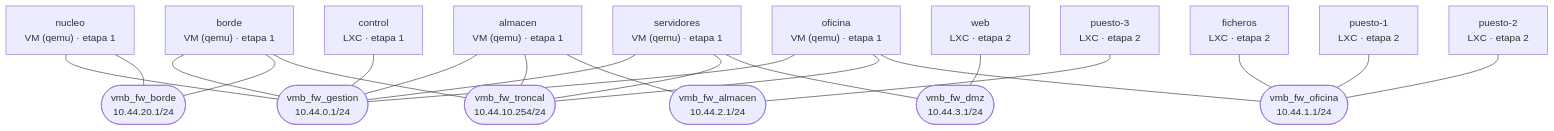
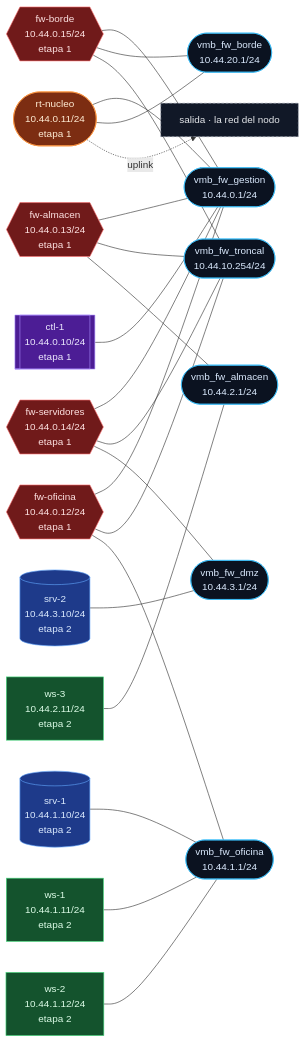
Before and after one commit to MagicJF/netlabs-iac: the diagram in labs/08_dunder-mifflin-con-fw/08_dunder-mifflin-con-fw.md, drawn with Mermaid. The commit also changed other lines of this file and 14 other files, not shown here.

````diff
--- a/labs/08_dunder-mifflin-con-fw/08_dunder-mifflin-con-fw.md
+++ b/labs/08_dunder-mifflin-con-fw/08_dunder-mifflin-con-fw.md
@@ -24,40 +24,50 @@
 ```mermaid
-graph TD
-    b_vmb_fw_gestion(["vmb_fw_gestion<br/>10.44.0.1/24"])
-    b_vmb_fw_borde(["vmb_fw_borde<br/>10.44.20.1/24"])
-    b_vmb_fw_troncal(["vmb_fw_troncal<br/>10.44.10.254/24"])
-    b_vmb_fw_oficina(["vmb_fw_oficina<br/>10.44.1.1/24"])
-    b_vmb_fw_almacen(["vmb_fw_almacen<br/>10.44.2.1/24"])
-    b_vmb_fw_dmz(["vmb_fw_dmz<br/>10.44.3.1/24"])
-    i_almacen["almacen<br/>VM (qemu) · etapa 1"]
+graph LR
+    classDef segmento fill:#0b1220,stroke:#38bdf8,color:#dbeafe;
+    classDef salida fill:#111827,stroke:#9ca3af,color:#e5e7eb,stroke-dasharray:4 3;
+    classDef rt fill:#7c2d12,stroke:#fb923c,color:#ffedd5;
+    classDef fw fill:#701a1a,stroke:#f87171,color:#fee2e2;
+    classDef sw fill:#134e4a,stroke:#2dd4bf,color:#ccfbf1;
+    classDef srv fill:#1e3a8a,stroke:#60a5fa,color:#dbeafe;
+    classDef ws fill:#14532d,stroke:#4ade80,color:#dcfce7;
+    classDef ctl fill:#4c1d95,stroke:#a78bfa,color:#ede9fe;
+    b_vmb_fw_gestion(["vmb_fw_gestion<br/>10.44.0.1/24"]):::segmento
+    b_vmb_fw_borde(["vmb_fw_borde<br/>10.44.20.1/24"]):::segmento
+    b_vmb_fw_troncal(["vmb_fw_troncal<br/>10.44.10.254/24"]):::segmento
+    b_vmb_fw_oficina(["vmb_fw_oficina<br/>10.44.1.1/24"]):::segmento
+    b_vmb_fw_almacen(["vmb_fw_almacen<br/>10.44.2.1/24"]):::segmento
+    b_vmb_fw_dmz(["vmb_fw_dmz<br/>10.44.3.1/24"]):::segmento
+    salida["salida · la red del nodo"]:::salida
+    i_almacen{{"fw-almacen<br/>10.44.0.13/24<br/>etapa 1"}}:::fw
     i_almacen --- b_vmb_fw_gestion
     i_almacen --- b_vmb_fw_troncal
     i_almacen --- b_vmb_fw_almacen
-    i_borde["borde<br/>VM (qemu) · etapa 1"]
+    i_borde{{"fw-borde<br/>10.44.0.15/24<br/>etapa 1"}}:::fw
     i_borde --- b_vmb_fw_gestion
     i_borde --- b_vmb_fw_borde
     i_borde --- b_vmb_fw_troncal
-    i_control["control<br/>LXC · etapa 1"]
+    i_control[["ctl-1<br/>10.44.0.10/24<br/>etapa 1"]]:::ctl
     i_control --- b_vmb_fw_gestion
-    i_nucleo["nucleo<br/>VM (qemu) · etapa 1"]
+    i_nucleo(["rt-nucleo<br/>10.44.0.11/24<br/>etapa 1"]):::rt
     i_nucleo --- b_vmb_fw_gestion
     i_nucleo --- b_vmb_fw_borde
-    i_oficina["oficina<br/>VM (qemu) · etapa 1"]
+    i_nucleo -.->|uplink| salida
+    i_oficina{{"fw-oficina<br/>10.44.0.12/24<br/>etapa 1"}}:::fw
     i_oficina --- b_vmb_fw_gestion
     i_oficina --- b_vmb_fw_troncal
     i_oficina --- b_vmb_fw_oficina
-    i_servidores["servidores<br/>VM (qemu) · etapa 1"]
+    i_servidores{{"fw-servidores<br/>10.44.0.14/24<br/>etapa 1"}}:::fw
     i_servidores --- b_vmb_fw_gestion
     i_servidores --- b_vmb_fw_troncal
     i_servidores --- b_vmb_fw_dmz
-    i_ficheros["ficheros<br/>LXC · etapa 2"]
+    i_ficheros[("srv-1<br/>10.44.1.10/24<br/>etapa 2")]:::srv
     i_ficheros --- b_vmb_fw_oficina
-    i_puesto_1["puesto-1<br/>LXC · etapa 2"]
+    i_puesto_1["ws-1<br/>10.44.1.11/24<br/>etapa 2"]:::ws
     i_puesto_1 --- b_vmb_fw_oficina
-    i_puesto_2["puesto-2<br/>LXC · etapa 2"]
+    i_puesto_2["ws-2<br/>10.44.1.12/24<br/>etapa 2"]:::ws
     i_puesto_2 --- b_vmb_fw_oficina
-    i_puesto_3["puesto-3<br/>LXC · etapa 2"]
+    i_puesto_3["ws-3<br/>10.44.2.11/24<br/>etapa 2"]:::ws
     i_puesto_3 --- b_vmb_fw_almacen
-    i_web["web<br/>LXC · etapa 2"]
+    i_web[("srv-2<br/>10.44.3.10/24<br/>etapa 2")]:::srv
     i_web --- b_vmb_fw_dmz
 ```
````
